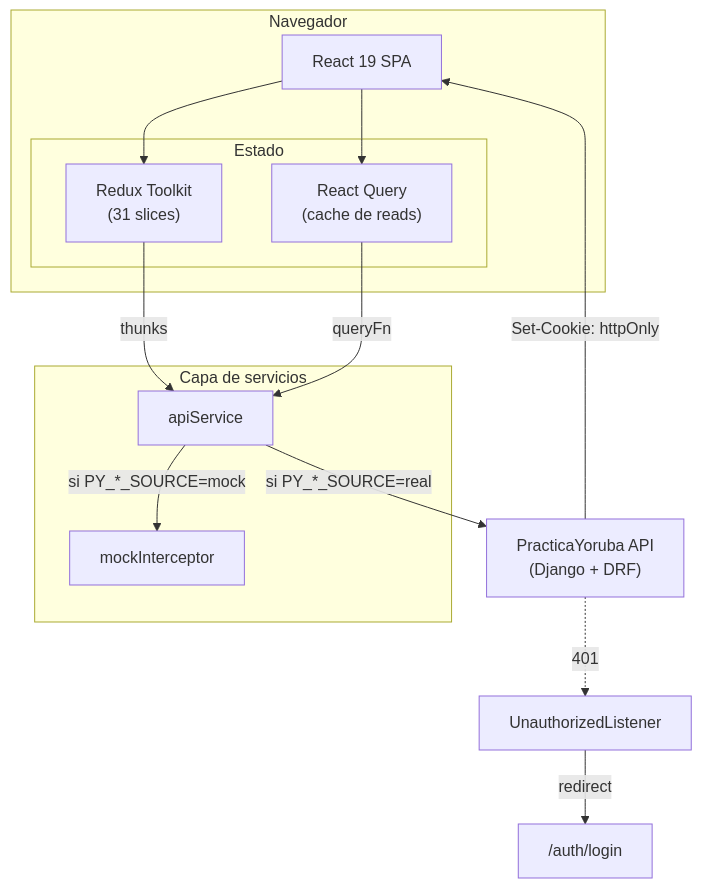
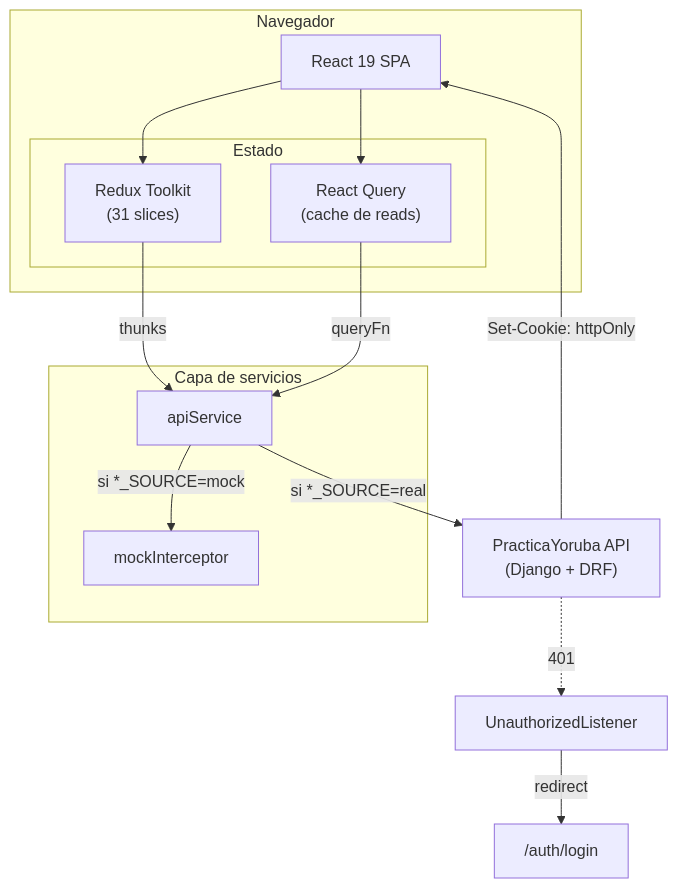
Before and after one commit to jcg-admin/template-ecommerce-ui: the diagram in docs/estrategia-de-solucion/estrategia-de-solucion.md, drawn with Mermaid. The commit also changed other lines of this file and 24 other files, not shown here.

````diff
--- a/docs/estrategia-de-solucion/estrategia-de-solucion.md
+++ b/docs/estrategia-de-solucion/estrategia-de-solucion.md
@@ -106,27 +106,27 @@
 ```mermaid
 flowchart TB
     subgraph Navegador
         UI["React 19 SPA"]
         subgraph Estado
             RTK["Redux Toolkit<br/>(31 slices)"]
             RQ["React Query<br/>(cache de reads)"]
         end
     end
 
     UI --> RTK
     UI --> RQ
 
     subgraph Capa de servicios
         APIS["apiService"]
         MOCK["mockInterceptor"]
     end
 
     RTK -->|"thunks"| APIS
     RQ -->|"queryFn"| APIS
-    APIS -->|"si PY_*_SOURCE=mock"| MOCK
-    APIS -->|"si PY_*_SOURCE=real"| Backend["PracticaYoruba API<br/>(Django + DRF)"]
+    APIS -->|"si *_SOURCE=mock"| MOCK
+    APIS -->|"si *_SOURCE=real"| Backend["PracticaYoruba API<br/>(Django + DRF)"]
 
     Backend -->|"Set-Cookie: httpOnly"| UI
     Backend -.->|"401"| Listener["UnauthorizedListener"]
     Listener -->|"redirect"| Login["/auth/login"]
 ```
````
